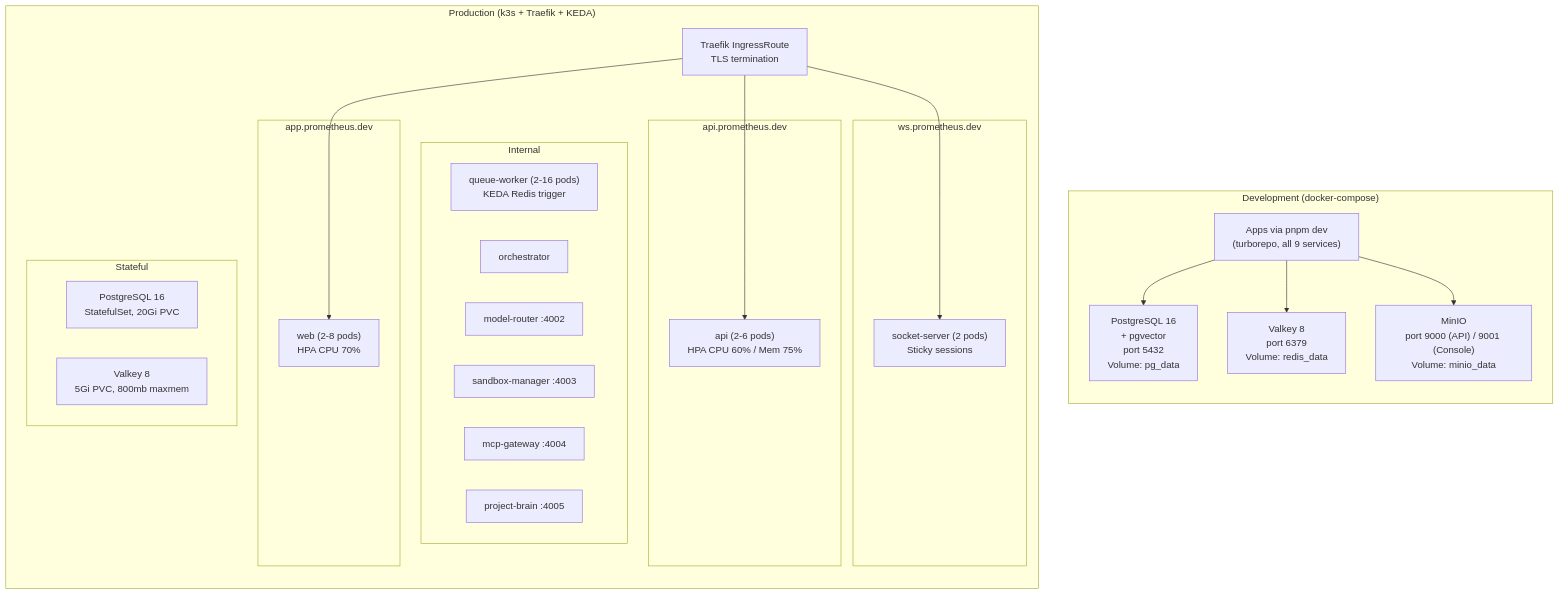
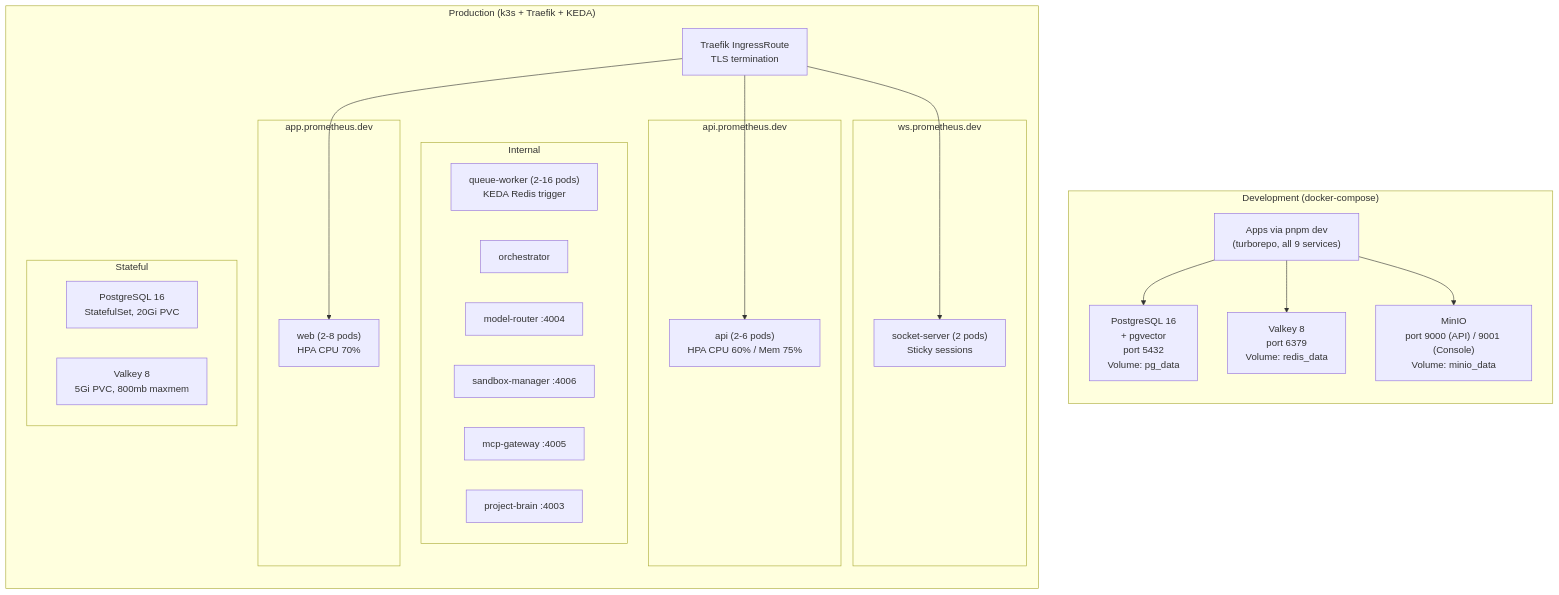
Diagram 12 of 13 in ARCHITECTURE.md (idimetrix/prometheus-ai), drawn with Mermaid before and after one commit. The commit also changed other lines of this file and 181 other files, not shown here.

````diff
--- a/ARCHITECTURE.md
+++ b/ARCHITECTURE.md
@@ -1396,49 +1589,49 @@
 ```mermaid
 graph TD
     subgraph "Development (docker-compose)"
         direction TB
         DevPG["PostgreSQL 16<br/>+ pgvector<br/>port 5432<br/>Volume: pg_data"]
         DevRedis["Valkey 8<br/>port 6379<br/>Volume: redis_data"]
         DevMinIO["MinIO<br/>port 9000 (API) / 9001 (Console)<br/>Volume: minio_data"]
         DevApps["Apps via pnpm dev<br/>(turborepo, all 9 services)"]
 
         DevApps --> DevPG
         DevApps --> DevRedis
         DevApps --> DevMinIO
     end
 
     subgraph "Production (k3s + Traefik + KEDA)"
         direction TB
         ProdTraefik["Traefik IngressRoute<br/>TLS termination"]
 
         subgraph "app.prometheus.dev"
             ProdWeb["web (2-8 pods)<br/>HPA CPU 70%"]
         end
 
         subgraph "api.prometheus.dev"
             ProdAPI["api (2-6 pods)<br/>HPA CPU 60% / Mem 75%"]
         end
 
         subgraph "ws.prometheus.dev"
             ProdSocket["socket-server (2 pods)<br/>Sticky sessions"]
         end
 
         subgraph "Internal"
             ProdQW["queue-worker (2-16 pods)<br/>KEDA Redis trigger"]
             ProdOrch["orchestrator"]
-            ProdMR["model-router :4002"]
-            ProdSM["sandbox-manager :4003"]
-            ProdMCP["mcp-gateway :4004"]
-            ProdPB["project-brain :4005"]
+            ProdMR["model-router :4004"]
+            ProdSM["sandbox-manager :4006"]
+            ProdMCP["mcp-gateway :4005"]
+            ProdPB["project-brain :4003"]
         end
 
         subgraph "Stateful"
             ProdPG["PostgreSQL 16<br/>StatefulSet, 20Gi PVC"]
             ProdRedis["Valkey 8<br/>5Gi PVC, 800mb maxmem"]
         end
 
         ProdTraefik --> ProdWeb
         ProdTraefik --> ProdAPI
         ProdTraefik --> ProdSocket
     end
 ```
````
